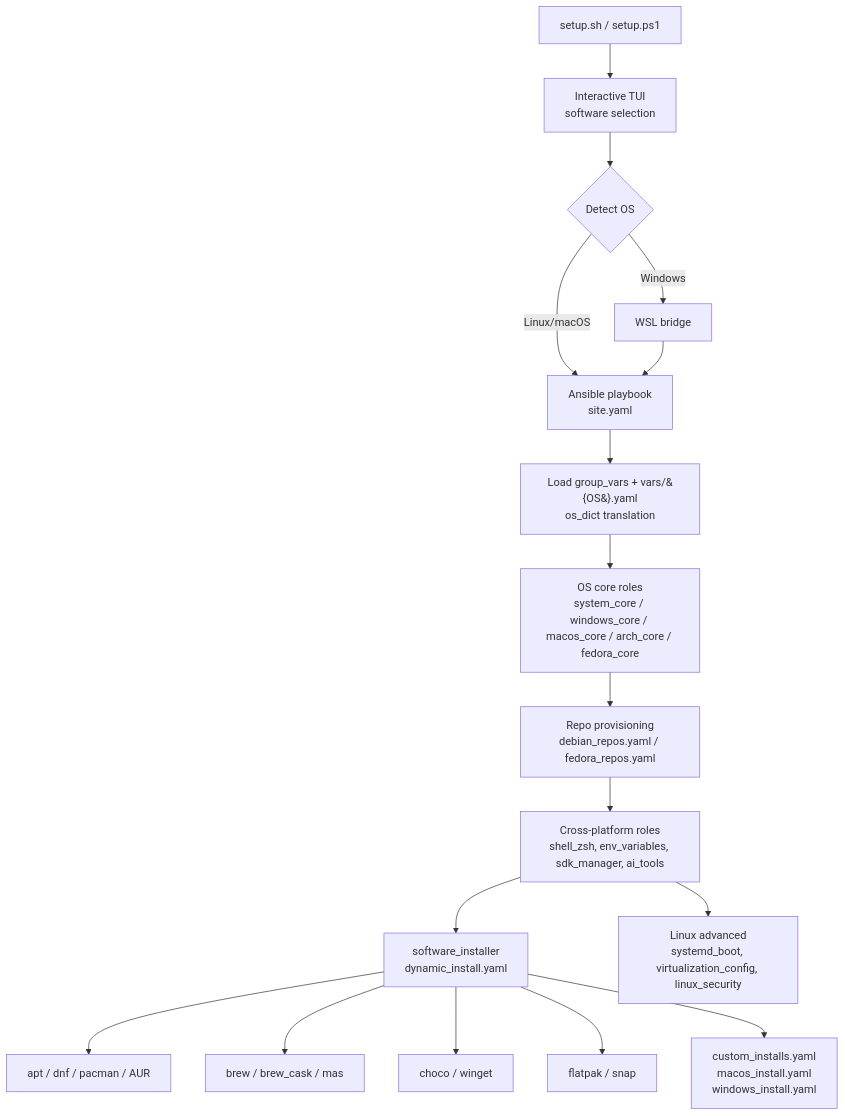
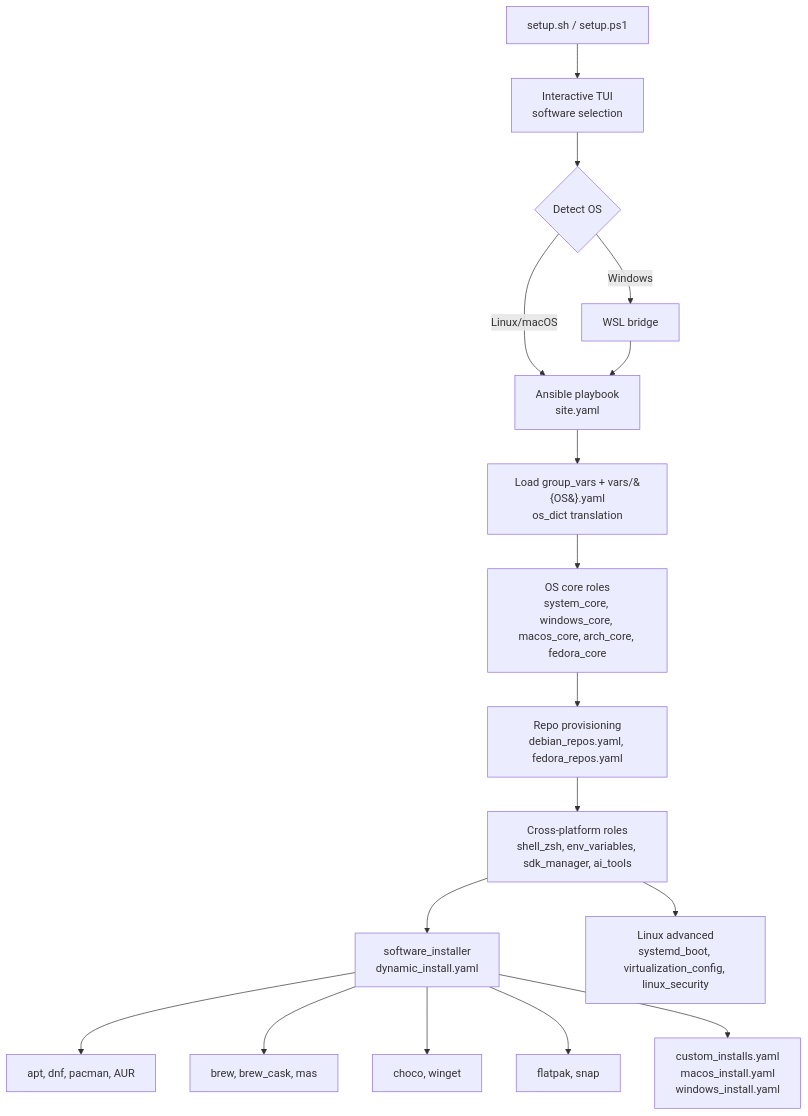
Before and after one commit to Lukk17/InstallationHelper: the diagram in README.md, drawn with Mermaid. The commit also changed other lines of this file and 109 other files, not shown here.

````diff
--- a/README.md
+++ b/README.md
@@ -37,19 +51,19 @@
 ```mermaid
 flowchart TD
     A[setup.sh / setup.ps1] --> B[Interactive TUI<br/>software selection]
     B --> C{Detect OS}
     C -->|Windows| D[WSL bridge]
     C -->|Linux/macOS| E[Ansible playbook<br/>site.yaml]
     D --> E
     E --> F[Load group_vars + vars/&#123;OS&#125;.yaml<br/>os_dict translation]
-    F --> G[OS core roles<br/>system_core / windows_core / macos_core / arch_core / fedora_core]
-    G --> R[Repo provisioning<br/>debian_repos.yaml / fedora_repos.yaml]
+    F --> G[OS core roles<br/>system_core, windows_core, macos_core, arch_core, fedora_core]
+    G --> R[Repo provisioning<br/>debian_repos.yaml, fedora_repos.yaml]
     R --> H[Cross-platform roles<br/>shell_zsh, env_variables, sdk_manager, ai_tools]
     H --> I[software_installer<br/>dynamic_install.yaml]
-    I --> J1[apt / dnf / pacman / AUR]
-    I --> J2[brew / brew_cask / mas]
-    I --> J3[choco / winget]
-    I --> J4[flatpak / snap]
+    I --> J1[apt, dnf, pacman, AUR]
+    I --> J2[brew, brew_cask, mas]
+    I --> J3[choco, winget]
+    I --> J4[flatpak, snap]
     I --> CI[custom_installs.yaml<br/>macos_install.yaml<br/>windows_install.yaml]
     H --> K[Linux advanced<br/>systemd_boot, virtualization_config, linux_security]
 ```
````
